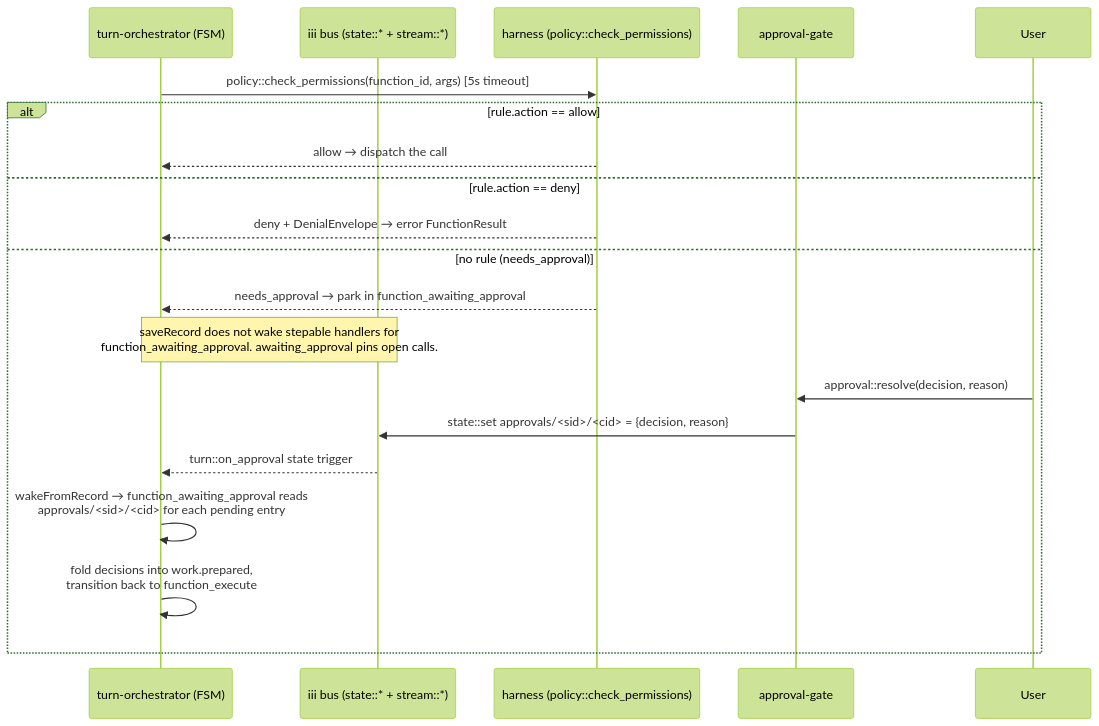
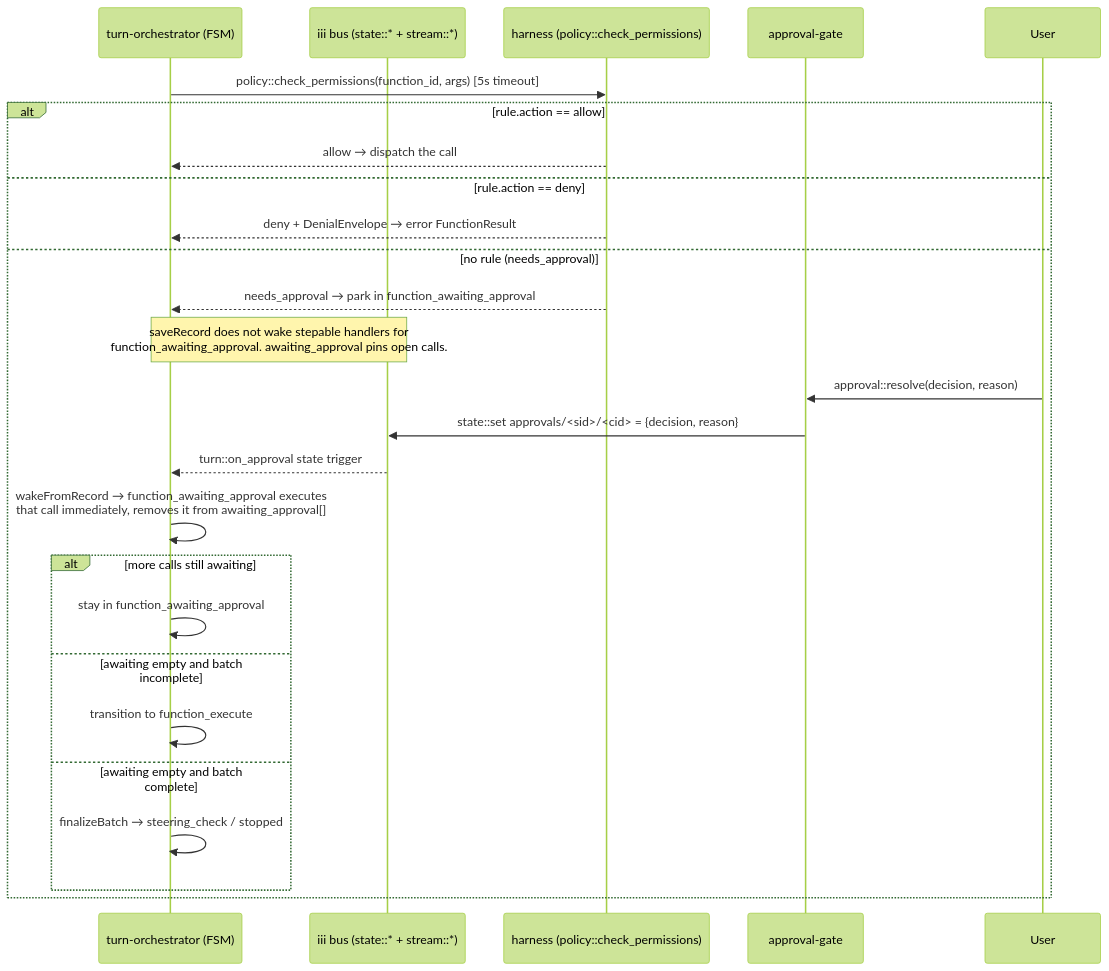
Before and after one commit to iii-hq/workers: the third of 5 diagrams in harness/docs/architecture.md, drawn with Mermaid (forest theme). The commit also changed other lines of this file and 13 other files, not shown here.

First line of the commit message:
refactor(turn-orchestrator): enhance function-awaiting-approval handling

````diff
--- a/harness/docs/architecture.md
+++ b/harness/docs/architecture.md
@@ -133,23 +134,29 @@
 ```mermaid
 sequenceDiagram
   participant Turn as turn-orchestrator (FSM)
   participant Bus as iii bus (state::* + stream::*)
   participant Harness as harness (policy::check_permissions)
   participant Gate as approval-gate
   participant User
 
   Turn->>Harness: policy::check_permissions(function_id, args) [5s timeout]
   alt rule.action == allow
     Harness-->>Turn: allow → dispatch the call
   else rule.action == deny
     Harness-->>Turn: deny + DenialEnvelope → error FunctionResult
   else no rule (needs_approval)
     Harness-->>Turn: needs_approval → park in function_awaiting_approval
     Note over Turn,Bus: saveRecord does not wake stepable handlers for<br/>function_awaiting_approval. awaiting_approval pins open calls.
     User->>Gate: approval::resolve(decision, reason)
     Gate->>Bus: state::set approvals/<sid>/<cid> = {decision, reason}
     Bus-->>Turn: turn::on_approval state trigger
-    Turn->>Turn: wakeFromRecord → function_awaiting_approval reads<br/>approvals/<sid>/<cid> for each pending entry
-    Turn->>Turn: fold decisions into work.prepared,<br/>transition back to function_execute
+    Turn->>Turn: wakeFromRecord → function_awaiting_approval executes<br/>that call immediately, removes it from awaiting_approval[]
+    alt more calls still awaiting
+      Turn->>Turn: stay in function_awaiting_approval
+    else awaiting empty and batch incomplete
+      Turn->>Turn: transition to function_execute
+    else awaiting empty and batch complete
+      Turn->>Turn: finalizeBatch → steering_check / stopped
+    end
   end
 ```
````
